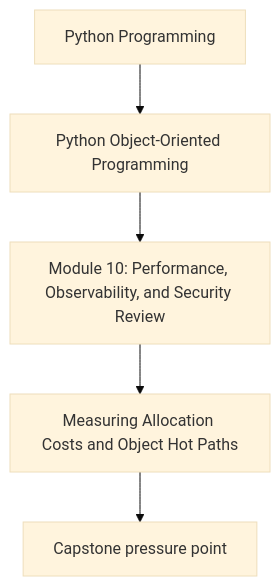
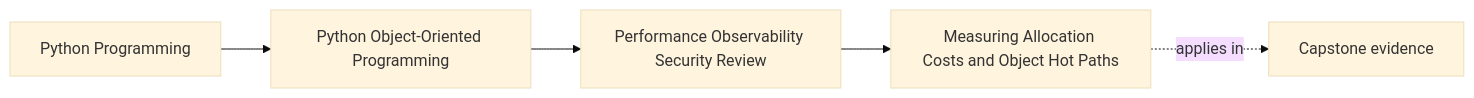
One commit to bijux/bijux-masterclass changed the first of 2 diagrams in programs/python-programming/python-object-oriented-programming/course-book/module-10-performance-observability-security-review/measuring-allocation-costs-and-object-hot-paths.md. Above: the diagram before and after it, drawn with Mermaid (base theme). The commit also changed other lines of this file and 103 other files, not shown here.

Commit message:
docs(python-object-oriented-programming): map sustainment and capstone surfaces

````diff
--- a/programs/python-programming/python-object-oriented-programming/course-book/module-10-performance-observability-security-review/measuring-allocation-costs-and-object-hot-paths.md
+++ b/programs/python-programming/python-object-oriented-programming/course-book/module-10-performance-observability-security-review/measuring-allocation-costs-and-object-hot-paths.md
@@ -7,7 +7,11 @@
 ```mermaid
-flowchart TD
-  family["Python Programming"] --> program["Python Object-Oriented Programming"]
-  program --> module["Module 10: Performance, Observability, and Security Review"]
-  module --> concept["Measuring Allocation Costs and Object Hot Paths"]
-  concept --> capstone["Capstone pressure point"]
+graph LR
+  family["Python Programming"]
+  program["Python Object-Oriented Programming"]
+  section["Performance Observability Security Review"]
+  page["Measuring Allocation Costs and Object Hot Paths"]
+  capstone["Capstone evidence"]
+
+  family --> program --> section --> page
+  page -.applies in.-> capstone
 ```
````
